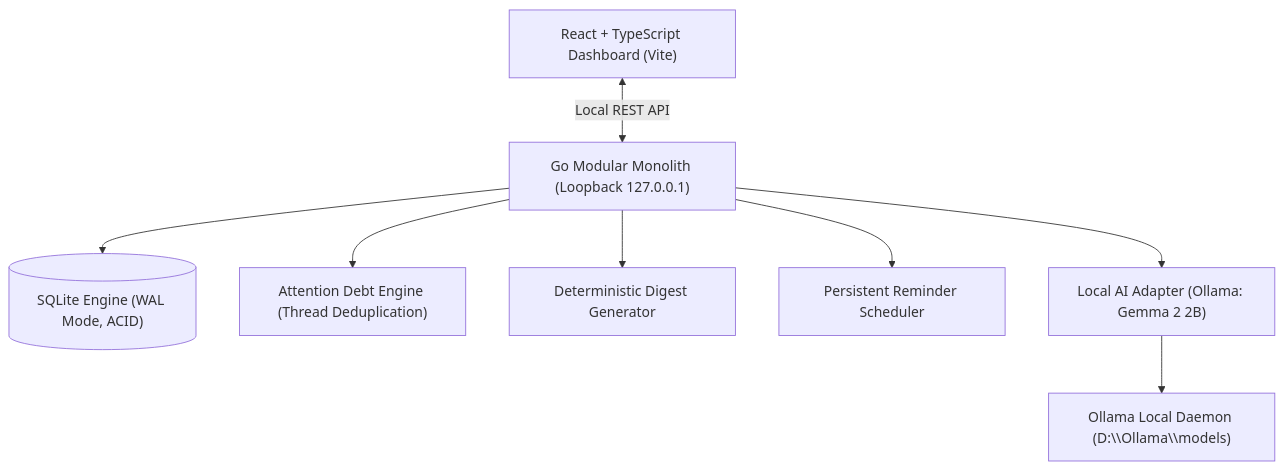
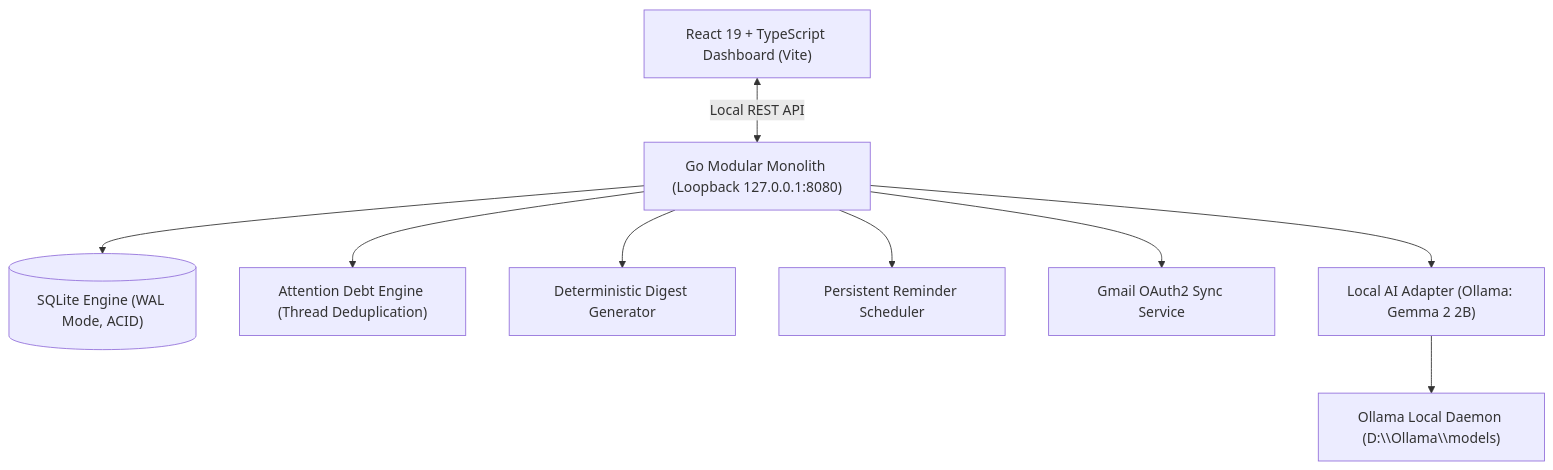
Before and after one commit to PresenceOP-Coder/Hacktoberfest-Week3: the diagram in README.md, drawn with Mermaid. The commit also changed other lines of this file and 16 other files, not shown here.

Commit message:
docs(readme): add comprehensive documentation, architecture guide, and fresh screenshots for SnoozeBox

````diff
--- a/README.md
+++ b/README.md
@@ -69,10 +114,11 @@
 ```mermaid
 flowchart TD
-    UI["React + TypeScript Dashboard (Vite)"] <-->|Local REST API| API["Go Modular Monolith (Loopback 127.0.0.1)"]
+    UI["React 19 + TypeScript Dashboard (Vite)"] <-->|Local REST API| API["Go Modular Monolith (Loopback 127.0.0.1:8080)"]
     API --> STORE[("SQLite Engine (WAL Mode, ACID)")]
     API --> ENG["Attention Debt Engine (Thread Deduplication)"]
     API --> DIGEST["Deterministic Digest Generator"]
     API --> SCHED["Persistent Reminder Scheduler"]
+    API --> GMAIL["Gmail OAuth2 Sync Service"]
     API --> AI["Local AI Adapter (Ollama: Gemma 2 2B)"]
     AI --> OLLAMA["Ollama Local Daemon (D:\\Ollama\\models)"]
 ```
````
